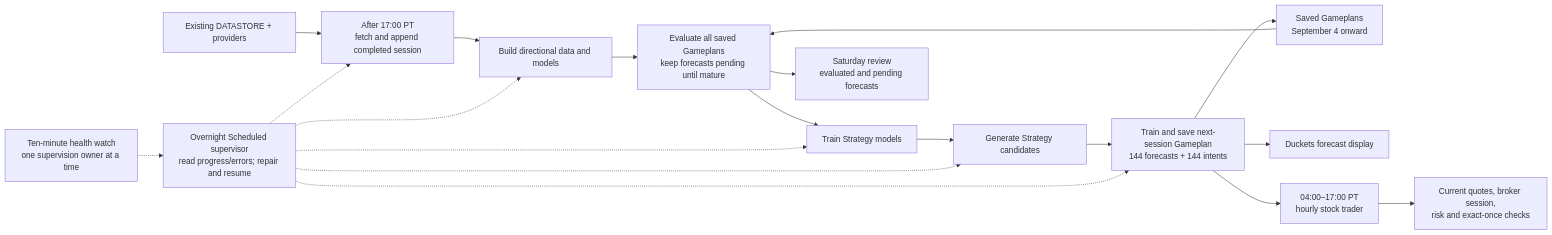
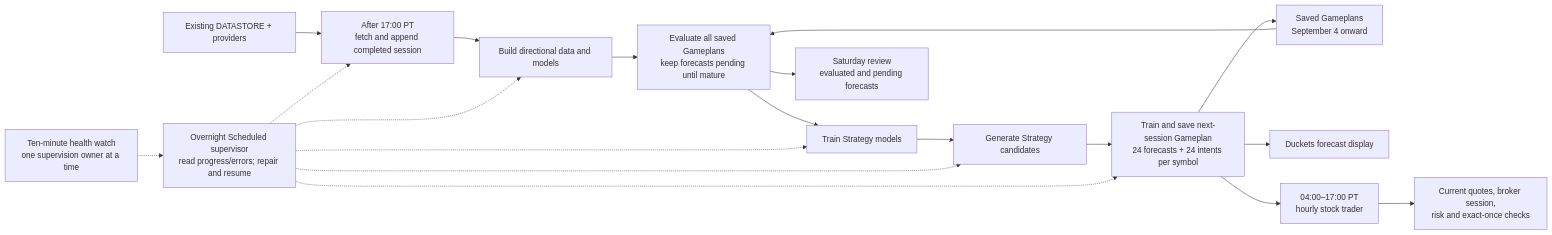
The diagram in docs/loops-system-analysis/LOOP_MAP.md (jeremysecondstate/ducketz), drawn with Mermaid before and after one commit. The commit also changed 551 other files, not shown here.

````diff
--- a/docs/loops-system-analysis/LOOP_MAP.md
+++ b/docs/loops-system-analysis/LOOP_MAP.md
@@ -3,21 +3,21 @@
 ```mermaid
 flowchart LR
     D["Existing DATASTORE + providers"] --> A["After 17:00 PT<br/>fetch and append completed session"]
     A --> B["Build directional data and models"]
     B --> E["Evaluate all saved Gameplans<br/>keep forecasts pending until mature"]
     E --> T["Train Strategy models"]
     T --> S["Generate Strategy candidates"]
-    S --> G["Train and save next-session Gameplan<br/>144 forecasts + 144 intents"]
+    S --> G["Train and save next-session Gameplan<br/>24 forecasts + 24 intents per symbol"]
     G --> P["Saved Gameplans<br/>September 4 onward"]
     P --> E
     G --> U["Duckets forecast display"]
     G --> H["04:00–17:00 PT<br/>hourly stock trader"]
     H --> R["Current quotes, broker session,<br/>risk and exact-once checks"]
     E --> W["Saturday review<br/>evaluated and pending forecasts"]
     O["Overnight Scheduled supervisor<br/>read progress/errors; repair and resume"] -.-> A
     O -.-> B
     O -.-> T
     O -.-> S
     O -.-> G
     K["Ten-minute health watch<br/>one supervision owner at a time"] -.-> O
 ```
````
